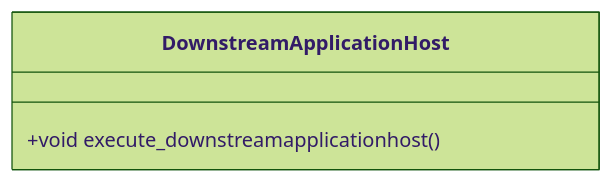
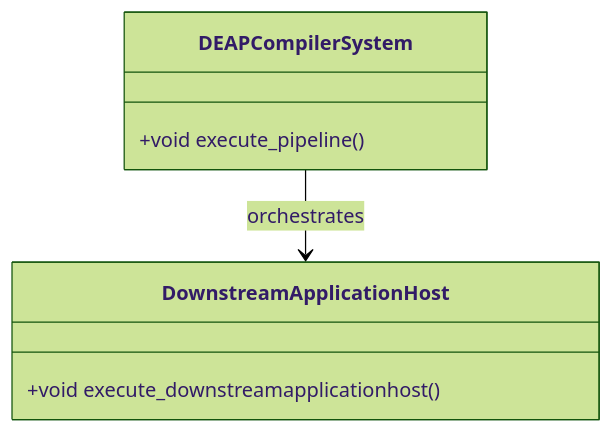
One commit to gintatkinson/dumpiler-01 changed the diagram in docs/features/FEAT-04-DownstreamApplicationHost.md. Above: the diagram before and after it, drawn with Mermaid (forest theme). The commit also changed other lines of this file and 90 other files, not shown here.

````diff
--- a/docs/features/FEAT-04-DownstreamApplicationHost.md
+++ b/docs/features/FEAT-04-DownstreamApplicationHost.md
@@ -25,6 +25,10 @@
 ```mermaid
 classDiagram
+    class DEAPCompilerSystem {
+        +void execute_pipeline()
+    }
     class DownstreamApplicationHost {
         +void execute_downstreamapplicationhost()
     }
+    DEAPCompilerSystem --> DownstreamApplicationHost : orchestrates
 ```
````
